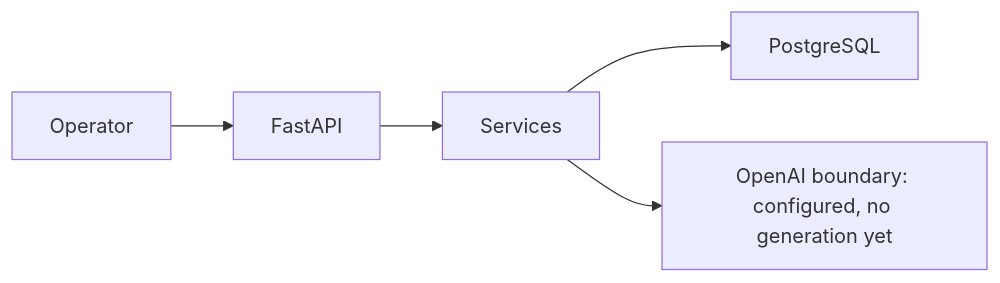
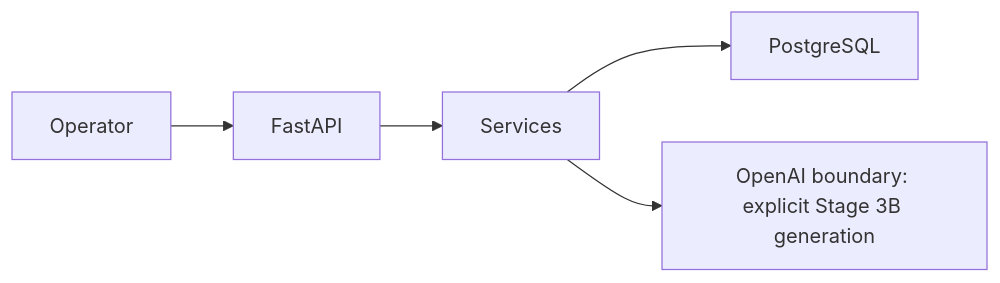
Before and after one commit to takaven/takaven-go: the diagram in docs/ARCHITECTURE.md, drawn with Mermaid. The commit also changed other lines of this file and 16 other files, not shown here.

Commit message:
feat: complete Stage 3B generation slice

````diff
--- a/docs/ARCHITECTURE.md
+++ b/docs/ARCHITECTURE.md
@@ -5,7 +5,7 @@
 ```mermaid
 flowchart LR
   Operator --> FastAPI
   FastAPI --> Services
   Services --> PostgreSQL
-  Services --> OpenAI[OpenAI boundary: configured, no generation yet]
+  Services --> OpenAI[OpenAI boundary: explicit Stage 3B generation]
 ```
````
